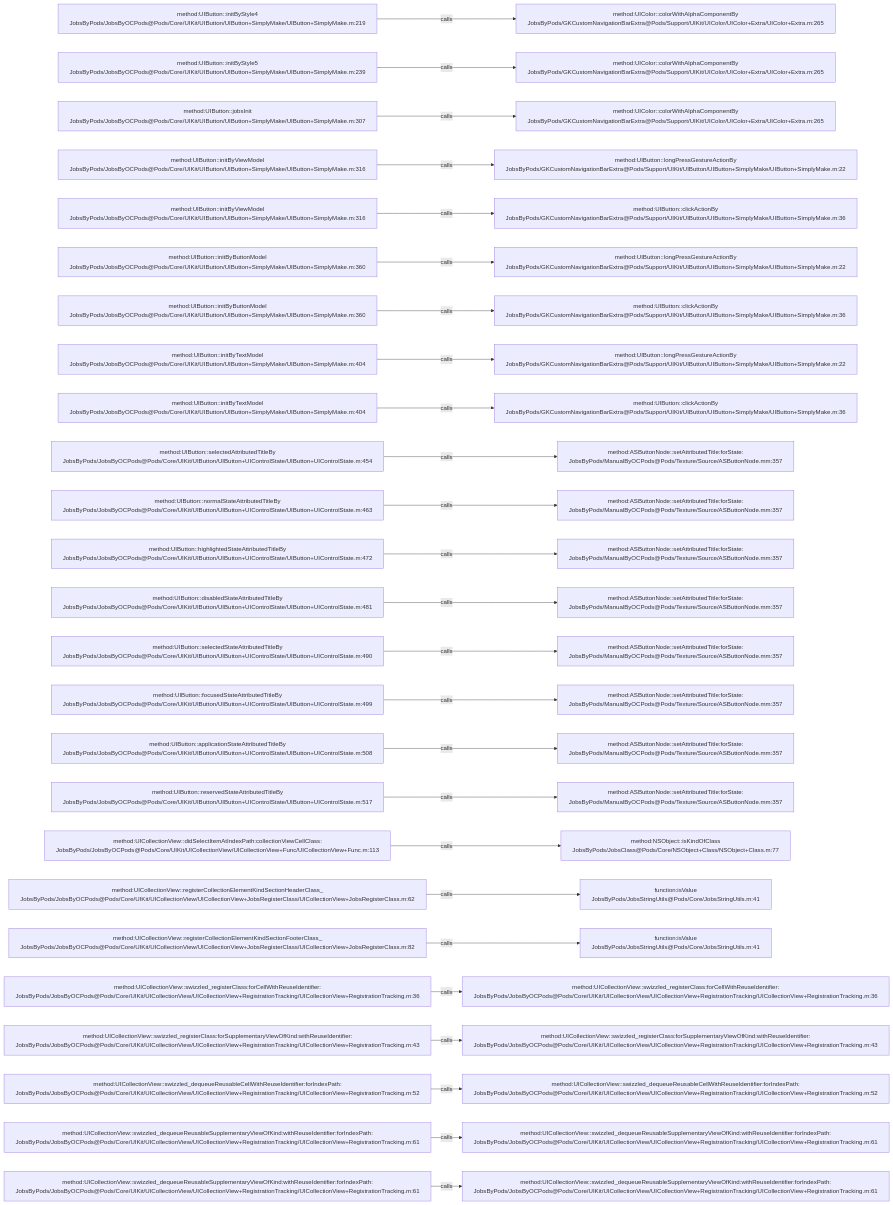
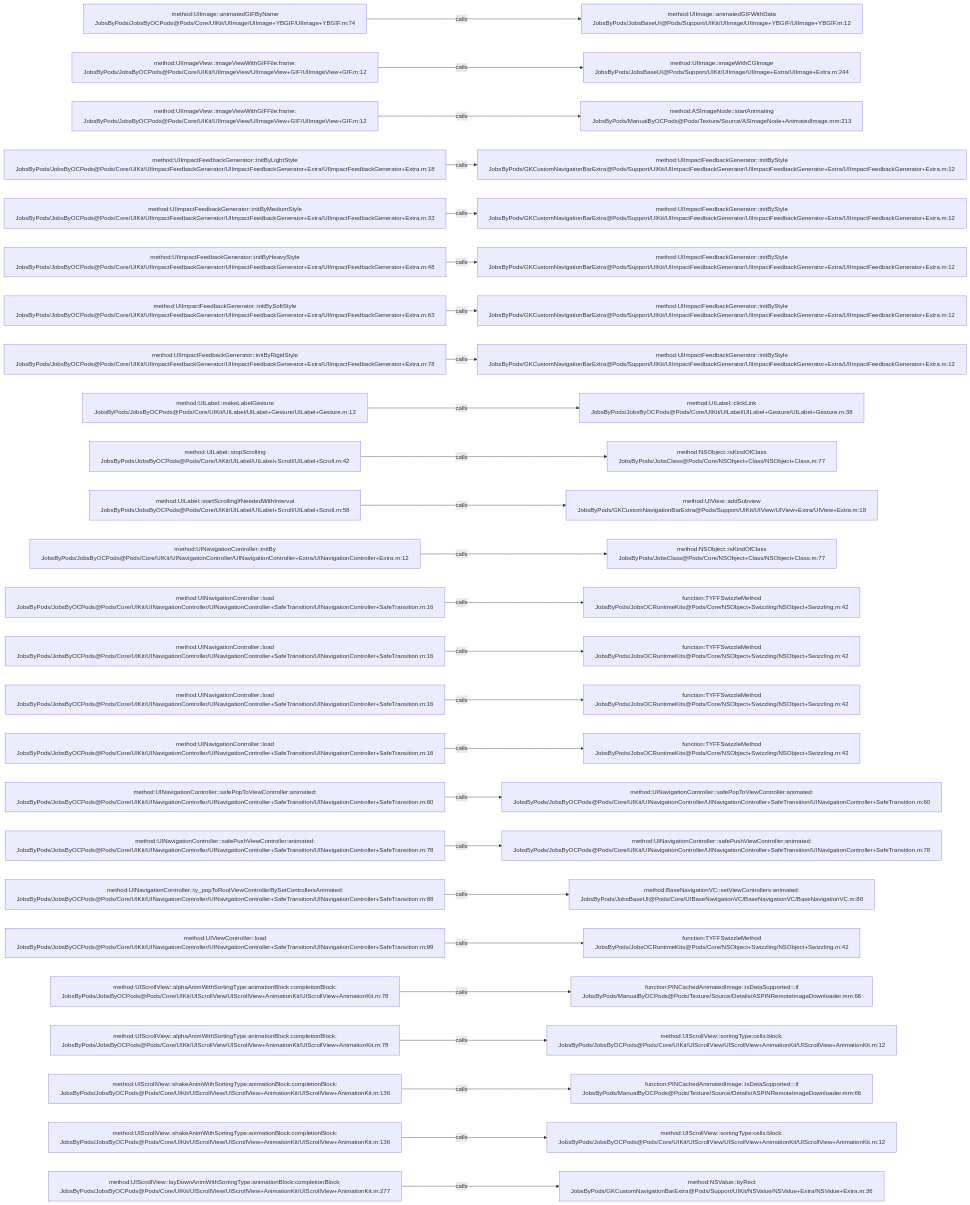
Before and after one commit to JobsKits/JobsOCBaseConfigDemo: the diagram in .codegraph/codegraph.md/graphs/calls-059.md, drawn with Mermaid. The commit also changed 639 other files, not shown here.

````diff
--- a/.codegraph/codegraph.md/graphs/calls-059.md
+++ b/.codegraph/codegraph.md/graphs/calls-059.md
@@ -13,78 +13,78 @@
 ```mermaid
 flowchart LR
-  S1["method:UIButton::initByStyle4<br/>JobsByPods/JobsByOCPods@Pods/Core/UIKit/UIButton/UIButton+SimplyMake/UIButton+SimplyMake.m:219"]
-  T1["method:UIColor::colorWithAlphaComponentBy<br/>JobsByPods/GKCustomNavigationBarExtra@Pods/Support/UIKit/UIColor/UIColor+Extra/UIColor+Extra.m:265"]
+  S1["method:UIImage::animatedGIFByName<br/>JobsByPods/JobsByOCPods@Pods/Core/UIKit/UIImage/UIImage+YBGIF/UIImage+YBGIF.m:74"]
+  T1["method:UIImage::animatedGIFWithData<br/>JobsByPods/JobsBaseUI@Pods/Support/UIKit/UIImage/UIImage+YBGIF/UIImage+YBGIF.m:12"]
   S1 -->|calls| T1
-  S2["method:UIButton::initByStyle5<br/>JobsByPods/JobsByOCPods@Pods/Core/UIKit/UIButton/UIButton+SimplyMake/UIButton+SimplyMake.m:239"]
-  T2["method:UIColor::colorWithAlphaComponentBy<br/>JobsByPods/GKCustomNavigationBarExtra@Pods/Support/UIKit/UIColor/UIColor+Extra/UIColor+Extra.m:265"]
+  S2["method:UIImageView::imageViewWithGIFFile:frame:<br/>JobsByPods/JobsByOCPods@Pods/Core/UIKit/UIImageView/UIImageView+GIF/UIImageView+GIF.m:12"]
+  T2["method:UIImage::imageWithCGImage<br/>JobsByPods/JobsBaseUI@Pods/Support/UIKit/UIImage/UIImage+Extra/UIImage+Extra.m:244"]
   S2 -->|calls| T2
-  S3["method:UIButton::jobsInit<br/>JobsByPods/JobsByOCPods@Pods/Core/UIKit/UIButton/UIButton+SimplyMake/UIButton+SimplyMake.m:307"]
-  T3["method:UIColor::colorWithAlphaComponentBy<br/>JobsByPods/GKCustomNavigationBarExtra@Pods/Support/UIKit/UIColor/UIColor+Extra/UIColor+Extra.m:265"]
+  S3["method:UIImageView::imageViewWithGIFFile:frame:<br/>JobsByPods/JobsByOCPods@Pods/Core/UIKit/UIImageView/UIImageView+GIF/UIImageView+GIF.m:12"]
+  T3["method:ASImageNode::startAnimating<br/>JobsByPods/ManualByOCPods@Pods/Texture/Source/ASImageNode+AnimatedImage.mm:213"]
   S3 -->|calls| T3
-  S4["method:UIButton::initByViewModel<br/>JobsByPods/JobsByOCPods@Pods/Core/UIKit/UIButton/UIButton+SimplyMake/UIButton+SimplyMake.m:316"]
-  T4["method:UIButton::longPressGestureActionBy<br/>JobsByPods/GKCustomNavigationBarExtra@Pods/Support/UIKit/UIButton/UIButton+SimplyMake/UIButton+SimplyMake.m:22"]
+  S4["method:UIImpactFeedbackGenerator::initByLightStyle<br/>JobsByPods/JobsByOCPods@Pods/Core/UIKit/UIImpactFeedbackGenerator/UIImpactFeedbackGenerator+Extra/UIImpactFeedbackGenerator+Extra.m:18"]
+  T4["method:UIImpactFeedbackGenerator::initByStyle<br/>JobsByPods/GKCustomNavigationBarExtra@Pods/Support/UIKit/UIImpactFeedbackGenerator/UIImpactFeedbackGenerator+Extra/UIImpactFeedbackGenerator+Extra.m:12"]
   S4 -->|calls| T4
-  S5["method:UIButton::initByViewModel<br/>JobsByPods/JobsByOCPods@Pods/Core/UIKit/UIButton/UIButton+SimplyMake/UIButton+SimplyMake.m:316"]
-  T5["method:UIButton::clickActionBy<br/>JobsByPods/GKCustomNavigationBarExtra@Pods/Support/UIKit/UIButton/UIButton+SimplyMake/UIButton+SimplyMake.m:36"]
+  S5["method:UIImpactFeedbackGenerator::initByMediumStyle<br/>JobsByPods/JobsByOCPods@Pods/Core/UIKit/UIImpactFeedbackGenerator/UIImpactFeedbackGenerator+Extra/UIImpactFeedbackGenerator+Extra.m:33"]
+  T5["method:UIImpactFeedbackGenerator::initByStyle<br/>JobsByPods/GKCustomNavigationBarExtra@Pods/Support/UIKit/UIImpactFeedbackGenerator/UIImpactFeedbackGenerator+Extra/UIImpactFeedbackGenerator+Extra.m:12"]
   S5 -->|calls| T5
-  S6["method:UIButton::initByButtonModel<br/>JobsByPods/JobsByOCPods@Pods/Core/UIKit/UIButton/UIButton+SimplyMake/UIButton+SimplyMake.m:360"]
-  T6["method:UIButton::longPressGestureActionBy<br/>JobsByPods/GKCustomNavigationBarExtra@Pods/Support/UIKit/UIButton/UIButton+SimplyMake/UIButton+SimplyMake.m:22"]
+  S6["method:UIImpactFeedbackGenerator::initByHeavyStyle<br/>JobsByPods/JobsByOCPods@Pods/Core/UIKit/UIImpactFeedbackGenerator/UIImpactFeedbackGenerator+Extra/UIImpactFeedbackGenerator+Extra.m:48"]
+  T6["method:UIImpactFeedbackGenerator::initByStyle<br/>JobsByPods/GKCustomNavigationBarExtra@Pods/Support/UIKit/UIImpactFeedbackGenerator/UIImpactFeedbackGenerator+Extra/UIImpactFeedbackGenerator+Extra.m:12"]
   S6 -->|calls| T6
-  S7["method:UIButton::initByButtonModel<br/>JobsByPods/JobsByOCPods@Pods/Core/UIKit/UIButton/UIButton+SimplyMake/UIButton+SimplyMake.m:360"]
-  T7["method:UIButton::clickActionBy<br/>JobsByPods/GKCustomNavigationBarExtra@Pods/Support/UIKit/UIButton/UIButton+SimplyMake/UIButton+SimplyMake.m:36"]
+  S7["method:UIImpactFeedbackGenerator::initBySoftStyle<br/>JobsByPods/JobsByOCPods@Pods/Core/UIKit/UIImpactFeedbackGenerator/UIImpactFeedbackGenerator+Extra/UIImpactFeedbackGenerator+Extra.m:63"]
+  T7["method:UIImpactFeedbackGenerator::initByStyle<br/>JobsByPods/GKCustomNavigationBarExtra@Pods/Support/UIKit/UIImpactFeedbackGenerator/UIImpactFeedbackGenerator+Extra/UIImpactFeedbackGenerator+Extra.m:12"]
   S7 -->|calls| T7
-  S8["method:UIButton::initByTextModel<br/>JobsByPods/JobsByOCPods@Pods/Core/UIKit/UIButton/UIButton+SimplyMake/UIButton+SimplyMake.m:404"]
-  T8["method:UIButton::longPressGestureActionBy<br/>JobsByPods/GKCustomNavigationBarExtra@Pods/Support/UIKit/UIButton/UIButton+SimplyMake/UIButton+SimplyMake.m:22"]
+  S8["method:UIImpactFeedbackGenerator::initByRigidStyle<br/>JobsByPods/JobsByOCPods@Pods/Core/UIKit/UIImpactFeedbackGenerator/UIImpactFeedbackGenerator+Extra/UIImpactFeedbackGenerator+Extra.m:78"]
+  T8["method:UIImpactFeedbackGenerator::initByStyle<br/>JobsByPods/GKCustomNavigationBarExtra@Pods/Support/UIKit/UIImpactFeedbackGenerator/UIImpactFeedbackGenerator+Extra/UIImpactFeedbackGenerator+Extra.m:12"]
   S8 -->|calls| T8
-  S9["method:UIButton::initByTextModel<br/>JobsByPods/JobsByOCPods@Pods/Core/UIKit/UIButton/UIButton+SimplyMake/UIButton+SimplyMake.m:404"]
-  T9["method:UIButton::clickActionBy<br/>JobsByPods/GKCustomNavigationBarExtra@Pods/Support/UIKit/UIButton/UIButton+SimplyMake/UIButton+SimplyMake.m:36"]
+  S9["method:UILabel::makeLabelGesture<br/>JobsByPods/JobsByOCPods@Pods/Core/UIKit/UILabel/UILabel+Gesture/UILabel+Gesture.m:12"]
+  T9["method:UILabel::clickLink<br/>JobsByPods/JobsByOCPods@Pods/Core/UIKit/UILabel/UILabel+Gesture/UILabel+Gesture.m:38"]
   S9 -->|calls| T9
-  S10["method:UIButton::selectedAttributedTitleBy<br/>JobsByPods/JobsByOCPods@Pods/Core/UIKit/UIButton/UIButton+UIControlState/UIButton+UIControlState.m:454"]
-  T10["method:ASButtonNode::setAttributedTitle:forState:<br/>JobsByPods/ManualByOCPods@Pods/Texture/Source/ASButtonNode.mm:357"]
+  S10["method:UILabel::stopScrolling<br/>JobsByPods/JobsByOCPods@Pods/Core/UIKit/UILabel/UILabel+Scroll/UILabel+Scroll.m:42"]
+  T10["method:NSObject::isKindOfClass<br/>JobsByPods/JobsClass@Pods/Core/NSObject+Class/NSObject+Class.m:77"]
   S10 -->|calls| T10
-  S11["method:UIButton::normalStateAttributedTitleBy<br/>JobsByPods/JobsByOCPods@Pods/Core/UIKit/UIButton/UIButton+UIControlState/UIButton+UIControlState.m:463"]
-  T11["method:ASButtonNode::setAttributedTitle:forState:<br/>JobsByPods/ManualByOCPods@Pods/Texture/Source/ASButtonNode.mm:357"]
+  S11["method:UILabel::startScrollingIfNeededWithInterval<br/>JobsByPods/JobsByOCPods@Pods/Core/UIKit/UILabel/UILabel+Scroll/UILabel+Scroll.m:58"]
+  T11["method:UIView::addSubview<br/>JobsByPods/GKCustomNavigationBarExtra@Pods/Support/UIKit/UIView/UIView+Extra/UIView+Extra.m:18"]
   S11 -->|calls| T11
-  S12["method:UIButton::highlightedStateAttributedTitleBy<br/>JobsByPods/JobsByOCPods@Pods/Core/UIKit/UIButton/UIButton+UIControlState/UIButton+UIControlState.m:472"]
-  T12["method:ASButtonNode::setAttributedTitle:forState:<br/>JobsByPods/ManualByOCPods@Pods/Texture/Source/ASButtonNode.mm:357"]
+  S12["method:UINavigationController::initBy<br/>JobsByPods/JobsByOCPods@Pods/Core/UIKit/UINavigationController/UINavigationController+Extra/UINavigationController+Extra.m:12"]
+  T12["method:NSObject::isKindOfClass<br/>JobsByPods/JobsClass@Pods/Core/NSObject+Class/NSObject+Class.m:77"]
   S12 -->|calls| T12
-  S13["method:UIButton::disabledStateAttributedTitleBy<br/>JobsByPods/JobsByOCPods@Pods/Core/UIKit/UIButton/UIButton+UIControlState/UIButton+UIControlState.m:481"]
-  T13["method:ASButtonNode::setAttributedTitle:forState:<br/>JobsByPods/ManualByOCPods@Pods/Texture/Source/ASButtonNode.mm:357"]
+  S13["method:UINavigationController::load<br/>JobsByPods/JobsByOCPods@Pods/Core/UIKit/UINavigationController/UINavigationController+SafeTransition/UINavigationController+SafeTransition.m:16"]
+  T13["function:TYFFSwizzleMethod<br/>JobsByPods/JobsOCRuntimeKits@Pods/Core/NSObject+Swizzling/NSObject+Swizzling.m:42"]
   S13 -->|calls| T13
-  S14["method:UIButton::selectedStateAttributedTitleBy<br/>JobsByPods/JobsByOCPods@Pods/Core/UIKit/UIButton/UIButton+UIControlState/UIButton+UIControlState.m:490"]
-  T14["method:ASButtonNode::setAttributedTitle:forState:<br/>JobsByPods/ManualByOCPods@Pods/Texture/Source/ASButtonNode.mm:357"]
+  S14["method:UINavigationController::load<br/>JobsByPods/JobsByOCPods@Pods/Core/UIKit/UINavigationController/UINavigationController+SafeTransition/UINavigationController+SafeTransition.m:16"]
+  T14["function:TYFFSwizzleMethod<br/>JobsByPods/JobsOCRuntimeKits@Pods/Core/NSObject+Swizzling/NSObject+Swizzling.m:42"]
   S14 -->|calls| T14
-  S15["method:UIButton::focusedStateAttributedTitleBy<br/>JobsByPods/JobsByOCPods@Pods/Core/UIKit/UIButton/UIButton+UIControlState/UIButton+UIControlState.m:499"]
-  T15["method:ASButtonNode::setAttributedTitle:forState:<br/>JobsByPods/ManualByOCPods@Pods/Texture/Source/ASButtonNode.mm:357"]
+  S15["method:UINavigationController::load<br/>JobsByPods/JobsByOCPods@Pods/Core/UIKit/UINavigationController/UINavigationController+SafeTransition/UINavigationController+SafeTransition.m:16"]
+  T15["function:TYFFSwizzleMethod<br/>JobsByPods/JobsOCRuntimeKits@Pods/Core/NSObject+Swizzling/NSObject+Swizzling.m:42"]
   S15 -->|calls| T15
-  S16["method:UIButton::applicationStateAttributedTitleBy<br/>JobsByPods/JobsByOCPods@Pods/Core/UIKit/UIButton/UIButton+UIControlState/UIButton+UIControlState.m:508"]
-  T16["method:ASButtonNode::setAttributedTitle:forState:<br/>JobsByPods/ManualByOCPods@Pods/Texture/Source/ASButtonNode.mm:357"]
+  S16["method:UINavigationController::load<br/>JobsByPods/JobsByOCPods@Pods/Core/UIKit/UINavigationController/UINavigationController+SafeTransition/UINavigationController+SafeTransition.m:16"]
+  T16["function:TYFFSwizzleMethod<br/>JobsByPods/JobsOCRuntimeKits@Pods/Core/NSObject+Swizzling/NSObject+Swizzling.m:42"]
   S16 -->|calls| T16
-  S17["method:UIButton::reservedStateAttributedTitleBy<br/>JobsByPods/JobsByOCPods@Pods/Core/UIKit/UIButton/UIButton+UIControlState/UIButton+UIControlState.m:517"]
-  T17["method:ASButtonNode::setAttributedTitle:forState:<br/>JobsByPods/ManualByOCPods@Pods/Texture/Source/ASButtonNode.mm:357"]
+  S17["method:UINavigationController::safePopToViewController:animated:<br/>JobsByPods/JobsByOCPods@Pods/Core/UIKit/UINavigationController/UINavigationController+SafeTransition/UINavigationController+SafeTransition.m:60"]
+  T17["method:UINavigationController::safePopToViewController:animated:<br/>JobsByPods/JobsByOCPods@Pods/Core/UIKit/UINavigationController/UINavigationController+SafeTransition/UINavigationController+SafeTransition.m:60"]
   S17 -->|calls| T17
-  S18["method:UICollectionView::didSelectItemAtIndexPath:collectionViewCellClass:<br/>JobsByPods/JobsByOCPods@Pods/Core/UIKit/UICollectionView/UICollectionView+Func/UICollectionView+Func.m:113"]
-  T18["method:NSObject::isKindOfClass<br/>JobsByPods/JobsClass@Pods/Core/NSObject+Class/NSObject+Class.m:77"]
+  S18["method:UINavigationController::safePushViewController:animated:<br/>JobsByPods/JobsByOCPods@Pods/Core/UIKit/UINavigationController/UINavigationController+SafeTransition/UINavigationController+SafeTransition.m:78"]
+  T18["method:UINavigationController::safePushViewController:animated:<br/>JobsByPods/JobsByOCPods@Pods/Core/UIKit/UINavigationController/UINavigationController+SafeTransition/UINavigationController+SafeTransition.m:78"]
   S18 -->|calls| T18
-  S19["method:UICollectionView::registerCollectionElementKindSectionHeaderClass_<br/>JobsByPods/JobsByOCPods@Pods/Core/UIKit/UICollectionView/UICollectionView+JobsRegisterClass/UICollectionView+JobsRegisterClass.m:62"]
-  T19["function:isValue<br/>JobsByPods/JobsStringUtils@Pods/Core/JobsStringUtils.m:41"]
+  S19["method:UINavigationController::ty_popToRootViewControllerBySetControllersAnimated:<br/>JobsByPods/JobsByOCPods@Pods/Core/UIKit/UINavigationController/UINavigationController+SafeTransition/UINavigationController+SafeTransition.m:88"]
+  T19["method:BaseNavigationVC::setViewControllers:animated:<br/>JobsByPods/JobsBaseUI@Pods/Core/UIBaseNavigationVC/BaseNavigationVC/BaseNavigationVC.m:80"]
   S19 -->|calls| T19
-  S20["method:UICollectionView::registerCollectionElementKindSectionFooterClass_<br/>JobsByPods/JobsByOCPods@Pods/Core/UIKit/UICollectionView/UICollectionView+JobsRegisterClass/UICollectionView+JobsRegisterClass.m:82"]
-  T20["function:isValue<br/>JobsByPods/JobsStringUtils@Pods/Core/JobsStringUtils.m:41"]
+  S20["method:UIViewController::load<br/>JobsByPods/JobsByOCPods@Pods/Core/UIKit/UINavigationController/UINavigationController+SafeTransition/UINavigationController+SafeTransition.m:99"]
+  T20["function:TYFFSwizzleMethod<br/>JobsByPods/JobsOCRuntimeKits@Pods/Core/NSObject+Swizzling/NSObject+Swizzling.m:42"]
   S20 -->|calls| T20
-  S21["method:UICollectionView::swizzled_registerClass:forCellWithReuseIdentifier:<br/>JobsByPods/JobsByOCPods@Pods/Core/UIKit/UICollectionView/UICollectionView+RegistrationTracking/UICollectionView+RegistrationTracking.m:36"]
-  T21["method:UICollectionView::swizzled_registerClass:forCellWithReuseIdentifier:<br/>JobsByPods/JobsByOCPods@Pods/Core/UIKit/UICollectionView/UICollectionView+RegistrationTracking/UICollectionView+RegistrationTracking.m:36"]
+  S21["method:UIScrollView::alphaAnimWithSortingType:animationBlock:completionBlock:<br/>JobsByPods/JobsByOCPods@Pods/Core/UIKit/UIScrollView/UIScrollView+AnimationKit/UIScrollView+AnimationKit.m:78"]
+  T21["function:PINCachedAnimatedImage::isDataSupported:::if<br/>JobsByPods/ManualByOCPods@Pods/Texture/Source/Details/ASPINRemoteImageDownloader.mm:66"]
   S21 -->|calls| T21
-  S22["method:UICollectionView::swizzled_registerClass:forSupplementaryViewOfKind:withReuseIdentifier:<br/>JobsByPods/JobsByOCPods@Pods/Core/UIKit/UICollectionView/UICollectionView+RegistrationTracking/UICollectionView+RegistrationTracking.m:43"]
-  T22["method:UICollectionView::swizzled_registerClass:forSupplementaryViewOfKind:withReuseIdentifier:<br/>JobsByPods/JobsByOCPods@Pods/Core/UIKit/UICollectionView/UICollectionView+RegistrationTracking/UICollectionView+RegistrationTracking.m:43"]
+  S22["method:UIScrollView::alphaAnimWithSortingType:animationBlock:completionBlock:<br/>JobsByPods/JobsByOCPods@Pods/Core/UIKit/UIScrollView/UIScrollView+AnimationKit/UIScrollView+AnimationKit.m:78"]
+  T22["method:UIScrollView::sortingType:cells:block:<br/>JobsByPods/JobsByOCPods@Pods/Core/UIKit/UIScrollView/UIScrollView+AnimationKit/UIScrollView+AnimationKit.m:12"]
   S22 -->|calls| T22
-  S23["method:UICollectionView::swizzled_dequeueReusableCellWithReuseIdentifier:forIndexPath:<br/>JobsByPods/JobsByOCPods@Pods/Core/UIKit/UICollectionView/UICollectionView+RegistrationTracking/UICollectionView+RegistrationTracking.m:52"]
-  T23["method:UICollectionView::swizzled_dequeueReusableCellWithReuseIdentifier:forIndexPath:<br/>JobsByPods/JobsByOCPods@Pods/Core/UIKit/UICollectionView/UICollectionView+RegistrationTracking/UICollectionView+RegistrationTracking.m:52"]
+  S23["method:UIScrollView::shakeAnimWithSortingType:animationBlock:completionBlock:<br/>JobsByPods/JobsByOCPods@Pods/Core/UIKit/UIScrollView/UIScrollView+AnimationKit/UIScrollView+AnimationKit.m:136"]
+  T23["function:PINCachedAnimatedImage::isDataSupported:::if<br/>JobsByPods/ManualByOCPods@Pods/Texture/Source/Details/ASPINRemoteImageDownloader.mm:66"]
   S23 -->|calls| T23
-  S24["method:UICollectionView::swizzled_dequeueReusableSupplementaryViewOfKind:withReuseIdentifier:forIndexPath:<br/>JobsByPods/JobsByOCPods@Pods/Core/UIKit/UICollectionView/UICollectionView+RegistrationTracking/UICollectionView+RegistrationTracking.m:61"]
-  T24["method:UICollectionView::swizzled_dequeueReusableSupplementaryViewOfKind:withReuseIdentifier:forIndexPath:<br/>JobsByPods/JobsByOCPods@Pods/Core/UIKit/UICollectionView/UICollectionView+RegistrationTracking/UICollectionView+RegistrationTracking.m:61"]
+  S24["method:UIScrollView::shakeAnimWithSortingType:animationBlock:completionBlock:<br/>JobsByPods/JobsByOCPods@Pods/Core/UIKit/UIScrollView/UIScrollView+AnimationKit/UIScrollView+AnimationKit.m:136"]
+  T24["method:UIScrollView::sortingType:cells:block:<br/>JobsByPods/JobsByOCPods@Pods/Core/UIKit/UIScrollView/UIScrollView+AnimationKit/UIScrollView+AnimationKit.m:12"]
   S24 -->|calls| T24
-  S25["method:UICollectionView::swizzled_dequeueReusableSupplementaryViewOfKind:withReuseIdentifier:forIndexPath:<br/>JobsByPods/JobsByOCPods@Pods/Core/UIKit/UICollectionView/UICollectionView+RegistrationTracking/UICollectionView+RegistrationTracking.m:61"]
-  T25["method:UICollectionView::swizzled_dequeueReusableSupplementaryViewOfKind:withReuseIdentifier:forIndexPath:<br/>JobsByPods/JobsByOCPods@Pods/Core/UIKit/UICollectionView/UICollectionView+RegistrationTracking/UICollectionView+RegistrationTracking.m:61"]
+  S25["method:UIScrollView::layDownAnimWithSortingType:animationBlock:completionBlock:<br/>JobsByPods/JobsByOCPods@Pods/Core/UIKit/UIScrollView/UIScrollView+AnimationKit/UIScrollView+AnimationKit.m:277"]
+  T25["method:NSValue::byRect<br/>JobsByPods/GKCustomNavigationBarExtra@Pods/Support/UIKit/NSValue/NSValue+Extra/NSValue+Extra.m:36"]
   S25 -->|calls| T25
 ```
````
